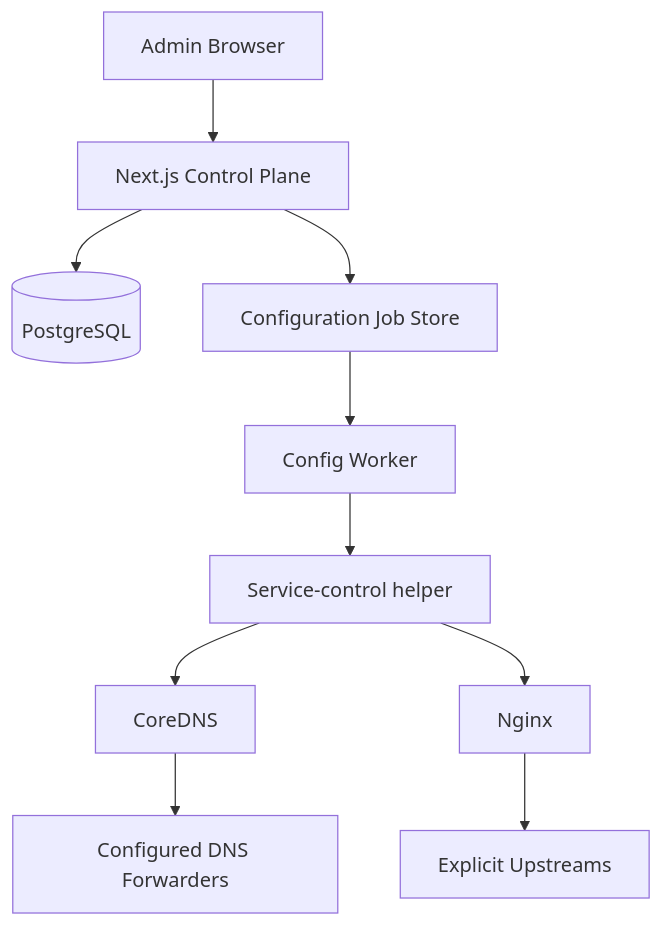
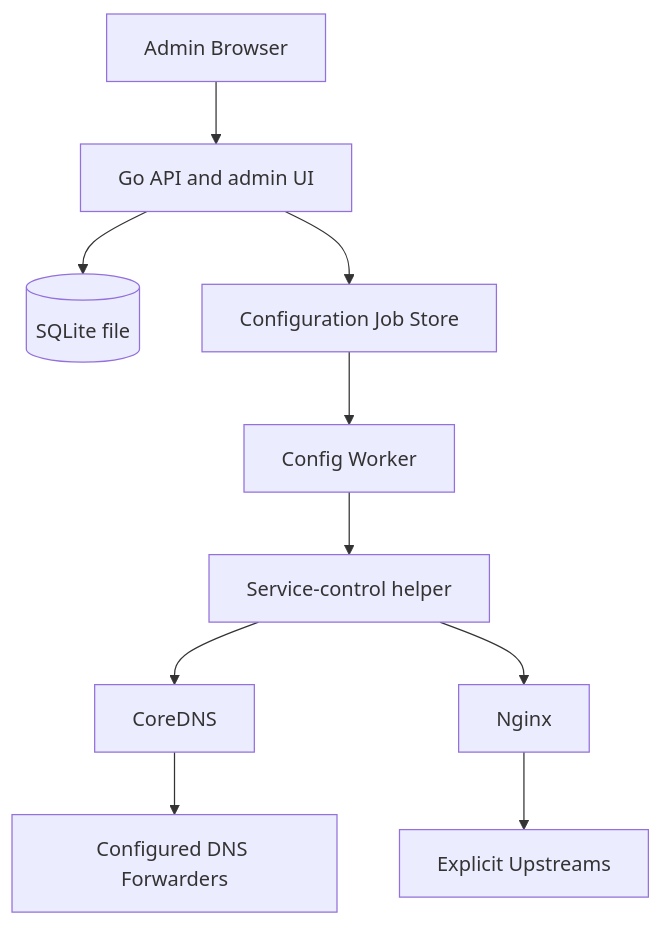
One commit to zerkc/ProxyCore changed the first of 2 diagrams in docs/architecture.md. Above: the diagram before and after it, drawn with Mermaid. The commit also changed other lines of this file and 5 other files, not shown here.

First line of the commit message:
docs(architecture): describe the SQLite runtime and persistence model

````diff
--- a/docs/architecture.md
+++ b/docs/architecture.md
@@ -20,12 +20,12 @@
 ```mermaid
 flowchart TB
-  Browser[Admin Browser] --> Web[Next.js Control Plane]
-  Web --> Database[(PostgreSQL)]
+  Browser[Admin Browser] --> Web[Go API and admin UI]
+  Web --> Database[(SQLite file)]
   Web --> Jobs[Configuration Job Store]
   Jobs --> Worker[Config Worker]
   Worker --> Control[Service-control helper]
   Control --> CoreDNS[CoreDNS]
   Control --> Nginx[Nginx]
   CoreDNS --> Resolvers[Configured DNS Forwarders]
   Nginx --> Upstreams[Explicit Upstreams]
 ```
````
